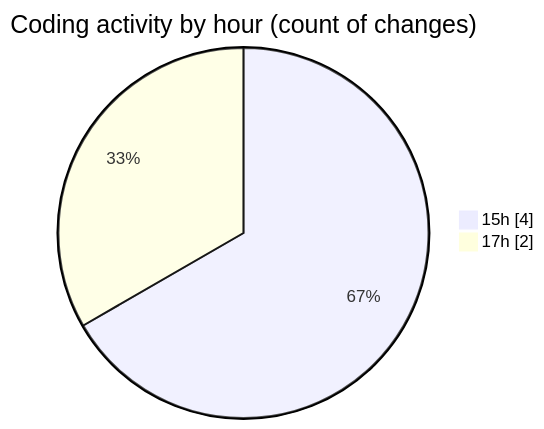
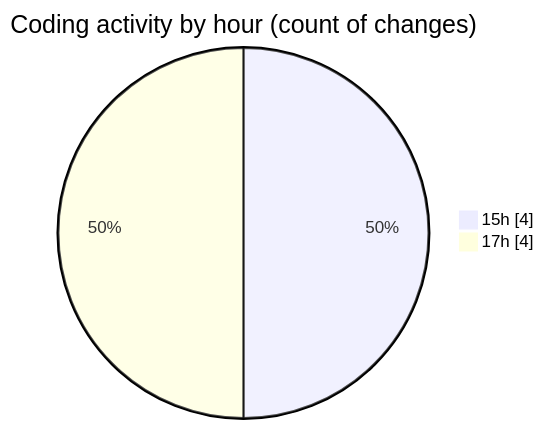
One commit to NitaiMahat/code-tracking changed the second of 2 diagrams in 2025-02-07/coding_prac_2/README.md. Above: the diagram before and after it, drawn with Mermaid. The commit also changed other lines of this file and 1 other file, not shown here.

````diff
--- a/2025-02-07/coding_prac_2/README.md
+++ b/2025-02-07/coding_prac_2/README.md
@@ -30,6 +31,6 @@
 ```mermaid
 pie showData
 title Coding activity by hour (count of changes)
 "15h" : 4
-"17h" : 2
+"17h" : 4
 ```
````
